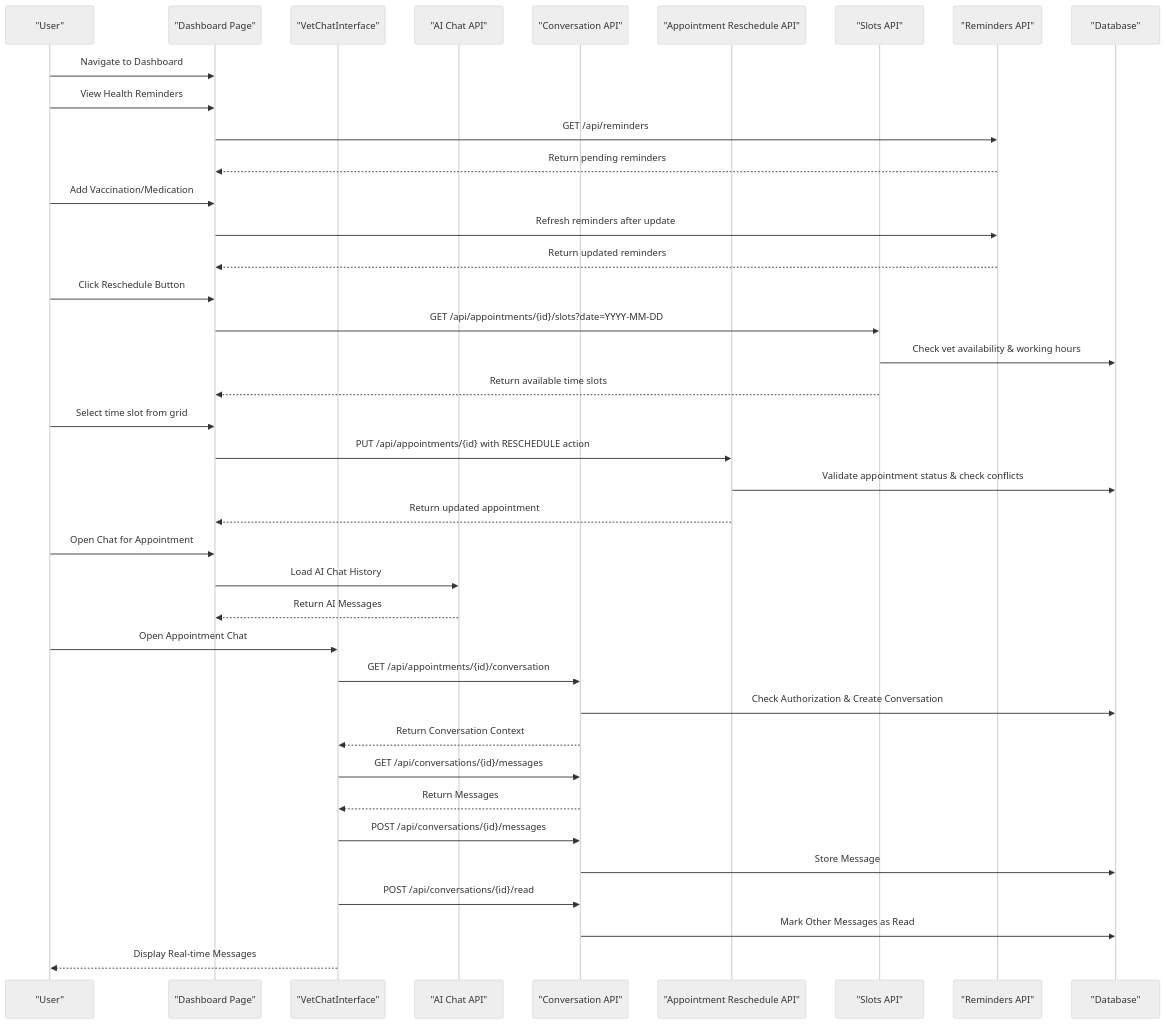
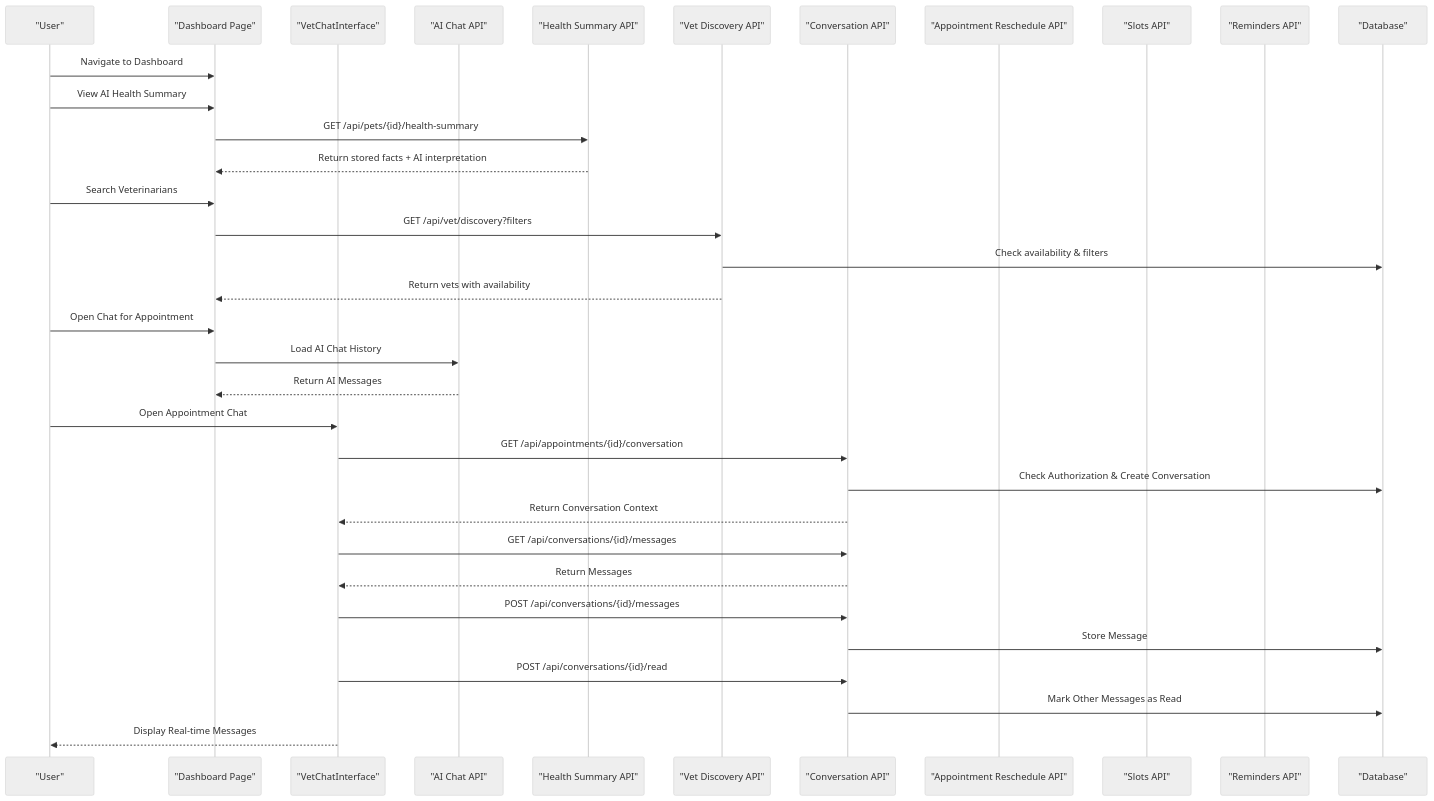
The second of 3 diagrams in .qoder/repowiki/en/content/User Dashboards/Pet Owner Dashboard.md (Javeria-Javaid/ai-powered-pet-healthcare-ecosystem), drawn with Mermaid (neutral theme) before and after one commit. The commit also changed other lines of this file and 53 other files, not shown here.

````diff
--- a/.qoder/repowiki/en/content/User Dashboards/Pet Owner Dashboard.md
+++ b/.qoder/repowiki/en/content/User Dashboards/Pet Owner Dashboard.md
@@ -191,41 +205,36 @@
 ```mermaid
 sequenceDiagram
 participant U as "User"
 participant D as "Dashboard Page"
 participant VC as "VetChatInterface"
 participant AC as "AI Chat API"
+participant HS as "Health Summary API"
+participant VD as "Vet Discovery API"
 participant CC as "Conversation API"
 participant AR as "Appointment Reschedule API"
 participant AS as "Slots API"
 participant RM as "Reminders API"
 participant DB as "Database"
 U->>D : Navigate to Dashboard
-U->>D : View Health Reminders
-D->>RM : GET /api/reminders
-RM-->>D : Return pending reminders
-U->>D : Add Vaccination/Medication
-D->>RM : Refresh reminders after update
-RM-->>D : Return updated reminders
-U->>D : Click Reschedule Button
-D->>AS : GET /api/appointments/{id}/slots?date=YYYY-MM-DD
-AS->>DB : Check vet availability & working hours
-AS-->>D : Return available time slots
-U->>D : Select time slot from grid
-D->>AR : PUT /api/appointments/{id} with RESCHEDULE action
-AR->>DB : Validate appointment status & check conflicts
-AR-->>D : Return updated appointment
+U->>D : View AI Health Summary
+D->>HS : GET /api/pets/{id}/health-summary
+HS-->>D : Return stored facts + AI interpretation
+U->>D : Search Veterinarians
+D->>VD : GET /api/vet/discovery?filters
+VD->>DB : Check availability & filters
+VD-->>D : Return vets with availability
 U->>D : Open Chat for Appointment
 D->>AC : Load AI Chat History
 AC-->>D : Return AI Messages
 U->>VC : Open Appointment Chat
 VC->>CC : GET /api/appointments/{id}/conversation
 CC->>DB : Check Authorization & Create Conversation
 CC-->>VC : Return Conversation Context
 VC->>CC : GET /api/conversations/{id}/messages
 CC-->>VC : Return Messages
 VC->>CC : POST /api/conversations/{id}/messages
 CC->>DB : Store Message
 VC->>CC : POST /api/conversations/{id}/read
 CC->>DB : Mark Other Messages as Read
 VC-->>U : Display Real-time Messages
 ```
````
